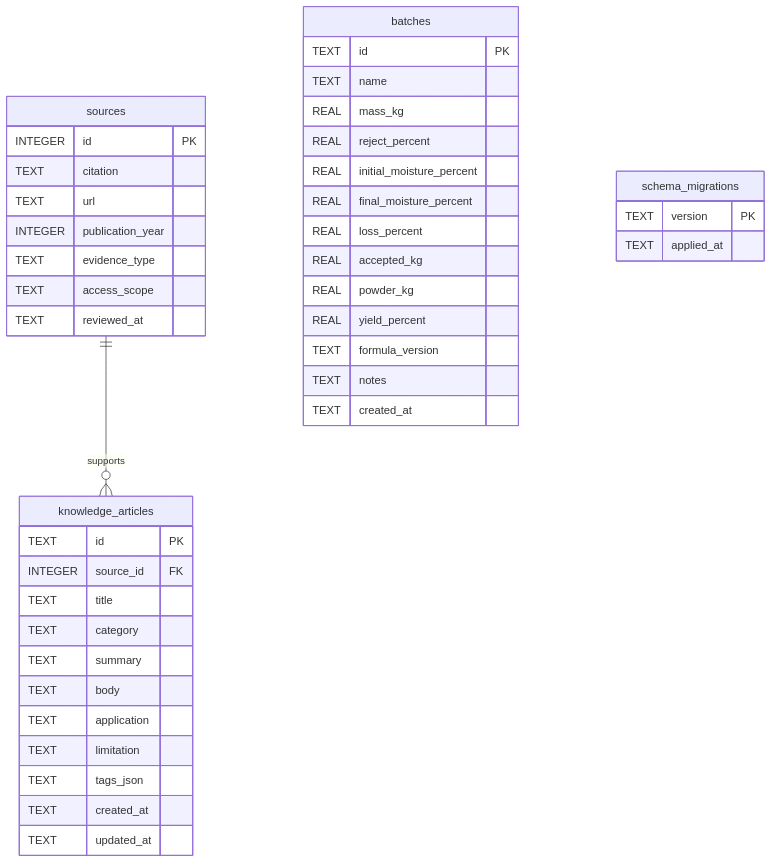
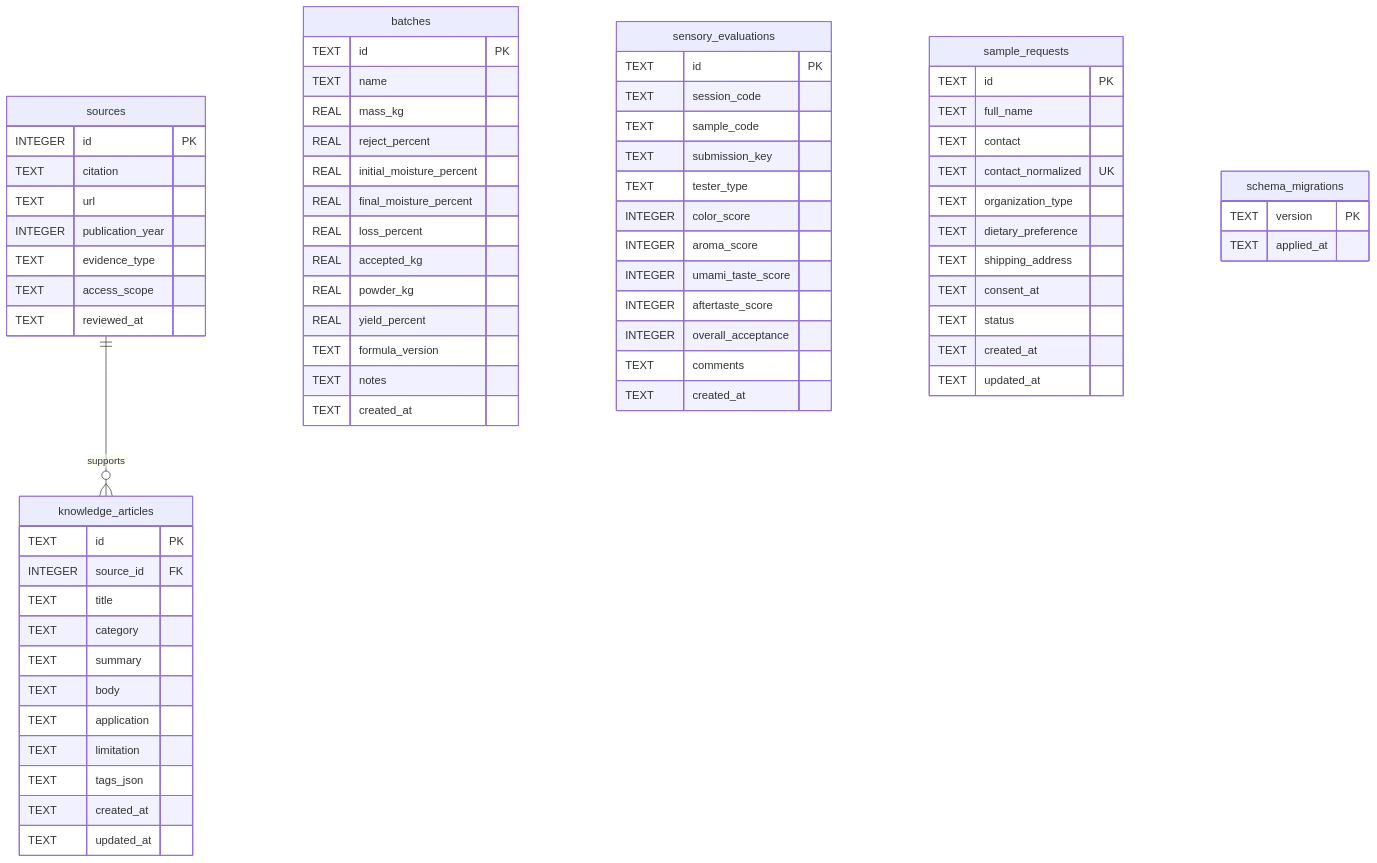
Before and after one commit to Jakcasas/musuroom: the second of 2 diagrams in docs/ARCHITECTURE.md, drawn with Mermaid. The commit also changed other lines of this file and 14 other files, not shown here.

Commit message:
Add sensory evaluation metrics and sample registration APIs

````diff
--- a/docs/ARCHITECTURE.md
+++ b/docs/ARCHITECTURE.md
@@ -39,45 +41,72 @@
 ```mermaid
 erDiagram
   sources ||--o{ knowledge_articles : supports
   sources {
     INTEGER id PK
     TEXT citation
     TEXT url
     INTEGER publication_year
     TEXT evidence_type
     TEXT access_scope
     TEXT reviewed_at
   }
   knowledge_articles {
     TEXT id PK
     INTEGER source_id FK
     TEXT title
     TEXT category
     TEXT summary
     TEXT body
     TEXT application
     TEXT limitation
     TEXT tags_json
     TEXT created_at
     TEXT updated_at
   }
   batches {
     TEXT id PK
     TEXT name
     REAL mass_kg
     REAL reject_percent
     REAL initial_moisture_percent
     REAL final_moisture_percent
     REAL loss_percent
     REAL accepted_kg
     REAL powder_kg
     REAL yield_percent
     TEXT formula_version
     TEXT notes
     TEXT created_at
   }
+  sensory_evaluations {
+    TEXT id PK
+    TEXT session_code
+    TEXT sample_code
+    TEXT submission_key
+    TEXT tester_type
+    INTEGER color_score
+    INTEGER aroma_score
+    INTEGER umami_taste_score
+    INTEGER aftertaste_score
+    INTEGER overall_acceptance
+    TEXT comments
+    TEXT created_at
+  }
+  sample_requests {
+    TEXT id PK
+    TEXT full_name
+    TEXT contact
+    TEXT contact_normalized UK
+    TEXT organization_type
+    TEXT dietary_preference
+    TEXT shipping_address
+    TEXT consent_at
+    TEXT status
+    TEXT created_at
+    TEXT updated_at
+  }
   schema_migrations {
     TEXT version PK
     TEXT applied_at
   }
 ```
````
